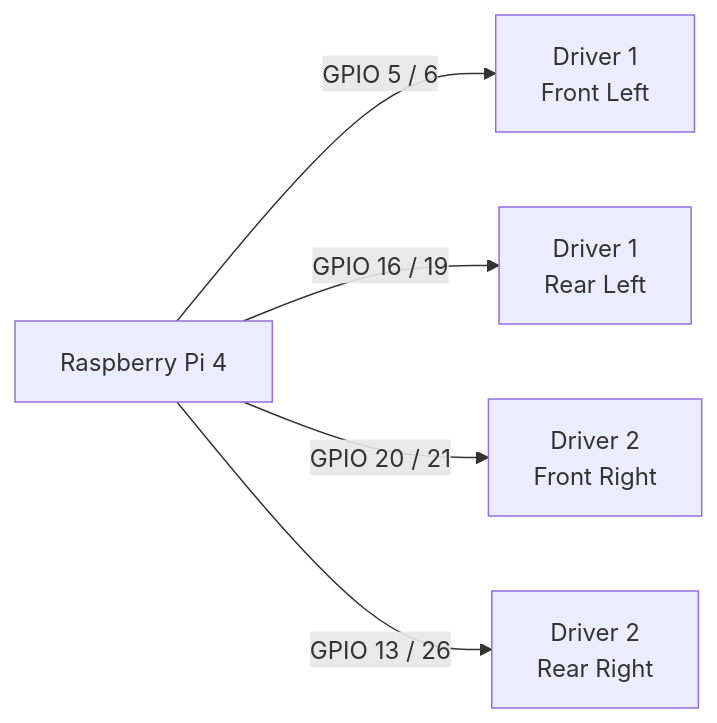
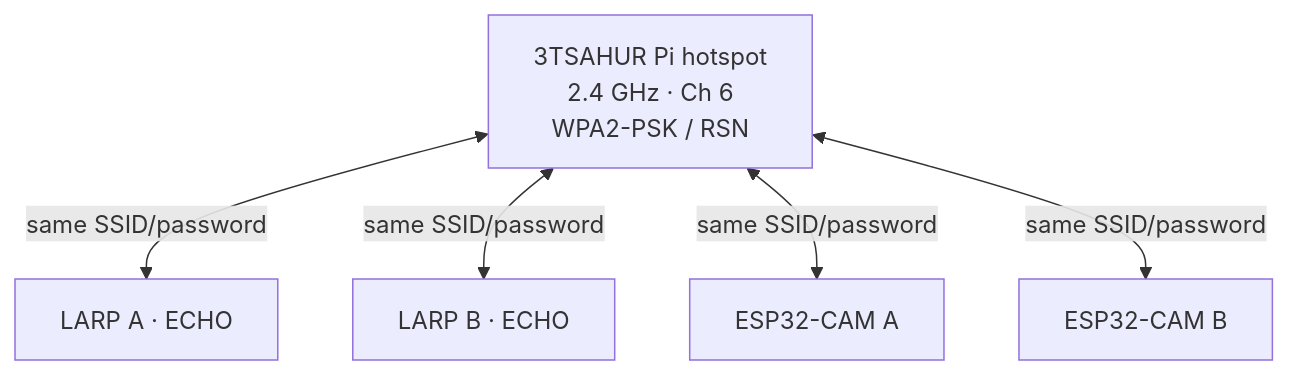
One commit to william-thompsonthe1st/STEM-Research-Academy changed the fifth of 12 diagrams in README.md. Above: the diagram before and after it, drawn with Mermaid. The commit also changed other lines of this file, not shown here.

````diff
--- a/README.md
+++ b/README.md
@@ -91,7 +217,8 @@
 ```mermaid
-flowchart LR
-    PI["Raspberry Pi 4"] -->|"GPIO 5 / 6"| FL["Driver 1<br/>Front Left"]
-    PI -->|"GPIO 16 / 19"| RL["Driver 1<br/>Rear Left"]
-    PI -->|"GPIO 20 / 21"| FR["Driver 2<br/>Front Right"]
-    PI -->|"GPIO 13 / 26"| RR["Driver 2<br/>Rear Right"]
+flowchart TB
+    PI["3TSAHUR Pi hotspot<br/>2.4 GHz · Ch 6<br/>WPA2-PSK / RSN"]
+    PI <-->|"same SSID/password"| EA["LARP A · ECHO"]
+    PI <-->|"same SSID/password"| EB["LARP B · ECHO"]
+    PI <-->|"same SSID/password"| CA["ESP32-CAM A"]
+    PI <-->|"same SSID/password"| CB["ESP32-CAM B"]
 ```
````
